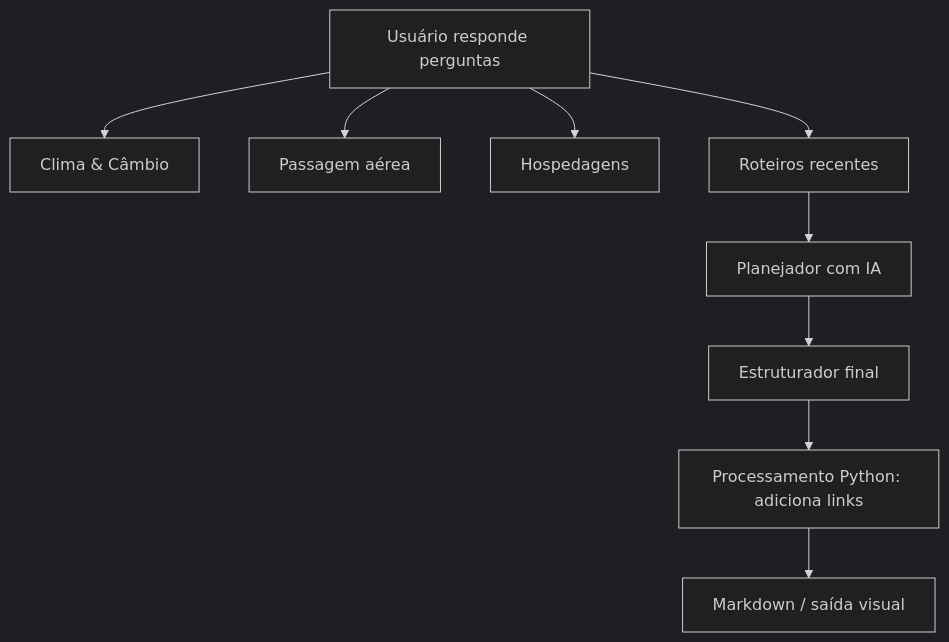
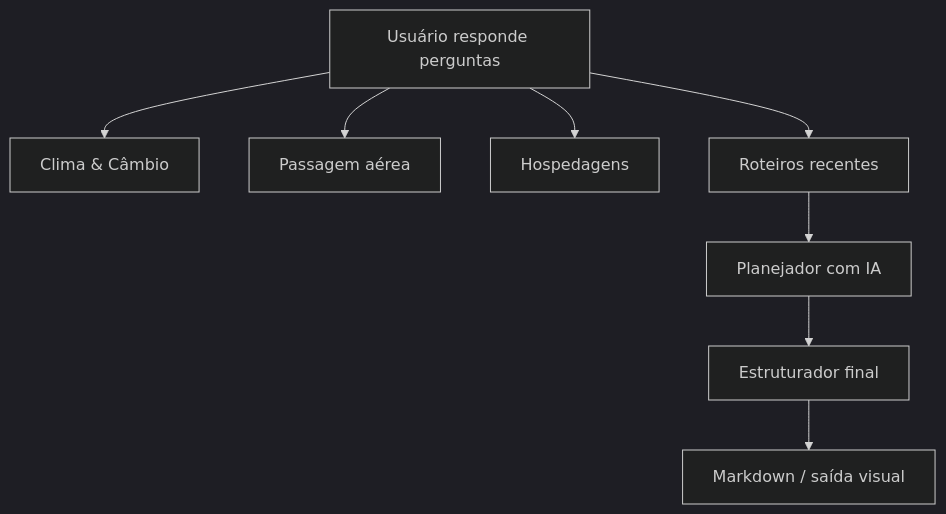
Before and after one commit to luisfilipebandeira/luis-travel-agent-ai: the diagram in README.md, drawn with Mermaid (dark theme). The commit also changed other lines of this file, not shown here.

````diff
--- a/README.md
+++ b/README.md
@@ -61,11 +61,10 @@
 ```mermaid
 flowchart TD
     A[Usuário responde perguntas] --> B[Clima & Câmbio]
     A --> C[Passagem aérea]
     A --> D[Hospedagens]
     A --> E[Roteiros recentes]
     E --> F[Planejador com IA]
     F --> G[Estruturador final]
-    G --> H[Processamento Python: adiciona links]
-    H --> I[Markdown / saída visual]
+    G --> H[Markdown / saída visual]
 ```
````
